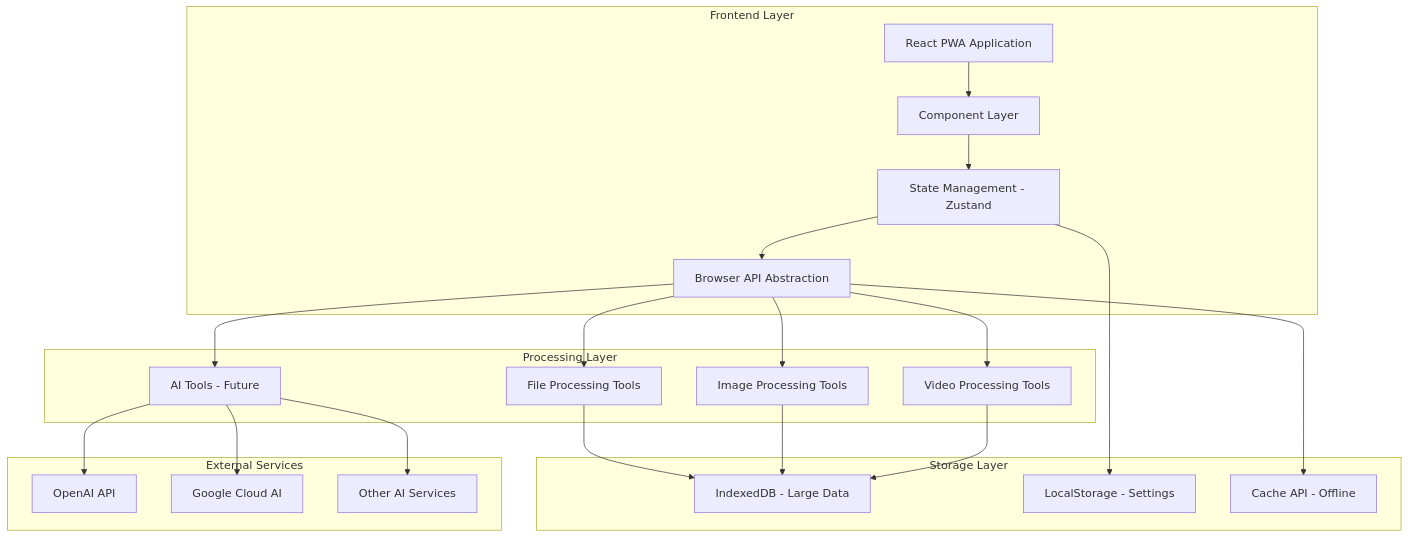
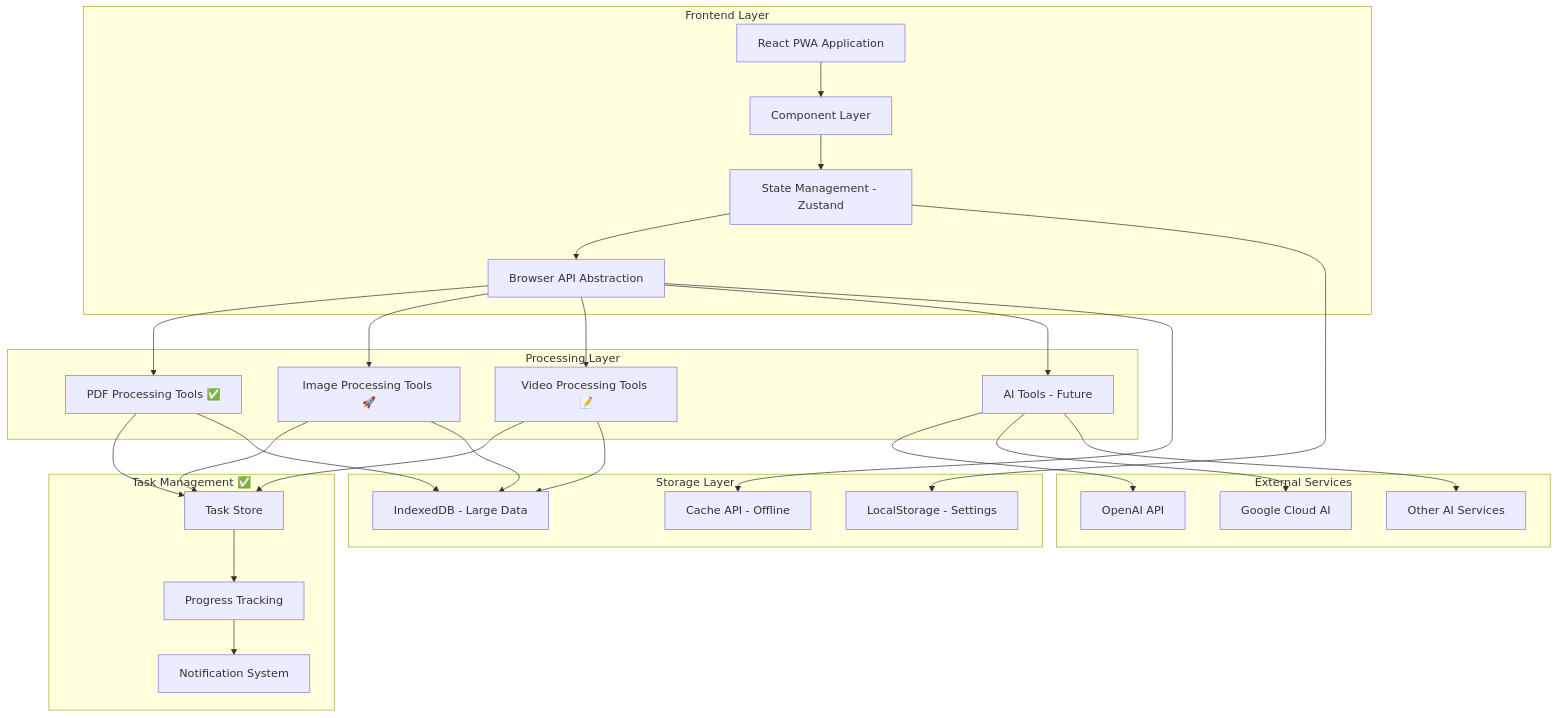
The second of 5 diagrams in docs/개발계획.md (jsjj10002/Tools), drawn with Mermaid before and after one commit. The commit also changed other lines of this file and 1 other file, not shown here.

Commit message:
docs: 프로젝트 문서 업데이트 - PDF 도구 완성 반영, Phase 2 50% 진행률 업데이트

````diff
--- a/docs/개발계획.md
+++ b/docs/개발계획.md
@@ -150,47 +180,59 @@
 ```mermaid
 graph TB
     subgraph "Frontend Layer"
         A[React PWA Application]
         B[Component Layer]
         C[State Management - Zustand]
         D[Browser API Abstraction]
     end
     
     subgraph "Processing Layer"
-        E[File Processing Tools]
-        F[Image Processing Tools]
-        G[Video Processing Tools]
+        E[PDF Processing Tools ✅]
+        F[Image Processing Tools 🚀]
+        G[Video Processing Tools 📝]
         H[AI Tools - Future]
+    end
+    
+    subgraph "Task Management ✅"
+        T[Task Store]
+        P[Progress Tracking]
+        N[Notification System]
     end
     
     subgraph "Storage Layer"
         I[IndexedDB - Large Data]
         J[LocalStorage - Settings]
         K[Cache API - Offline]
     end
     
     subgraph "External Services"
         L[OpenAI API]
         M[Google Cloud AI]
-        N[Other AI Services]
+        O[Other AI Services]
     end
     
     A --> B
     B --> C
     C --> D
     D --> E
     D --> F
     D --> G
     D --> H
     
+    E --> T
+    F --> T
+    G --> T
+    T --> P
+    P --> N
+    
     E --> I
     F --> I
     G --> I
     
     C --> J
     D --> K
     
     H --> L
     H --> M
-    H --> N
+    H --> O
 ```
````
